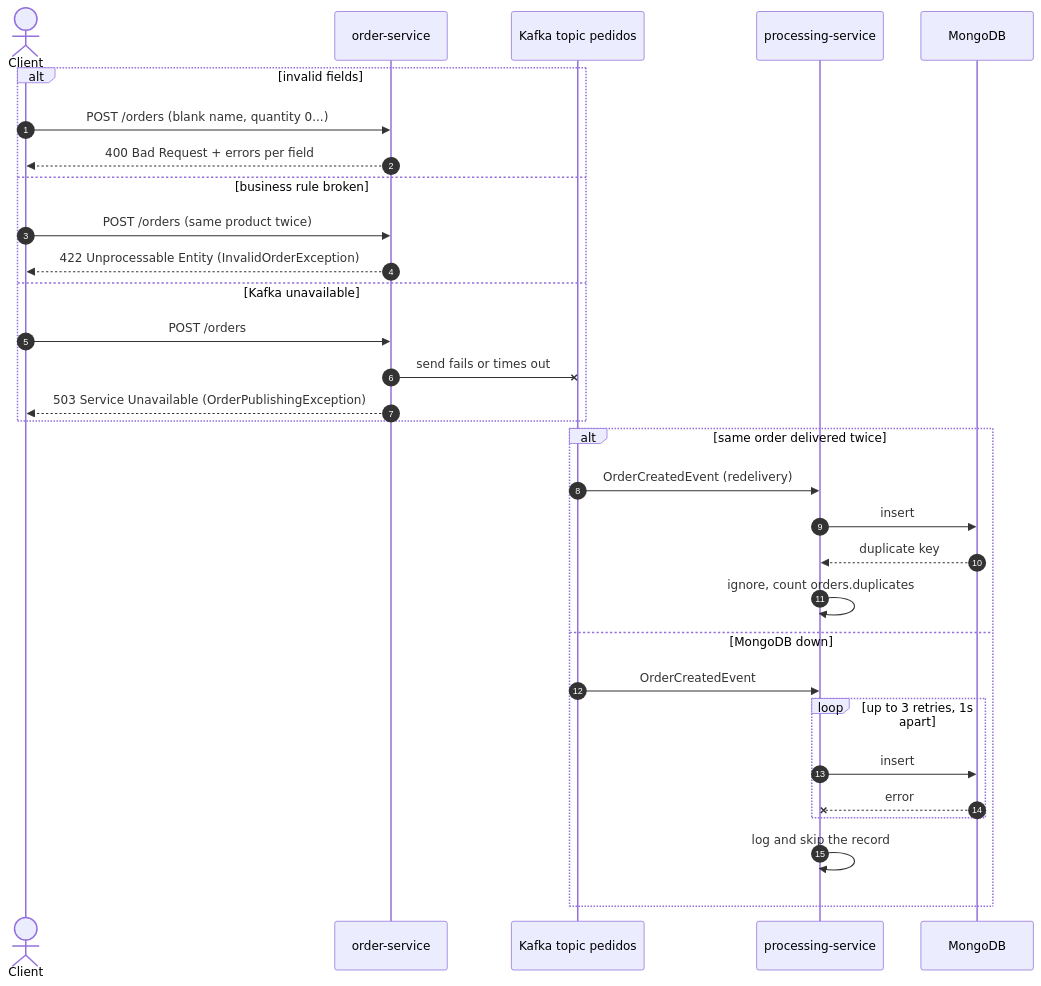
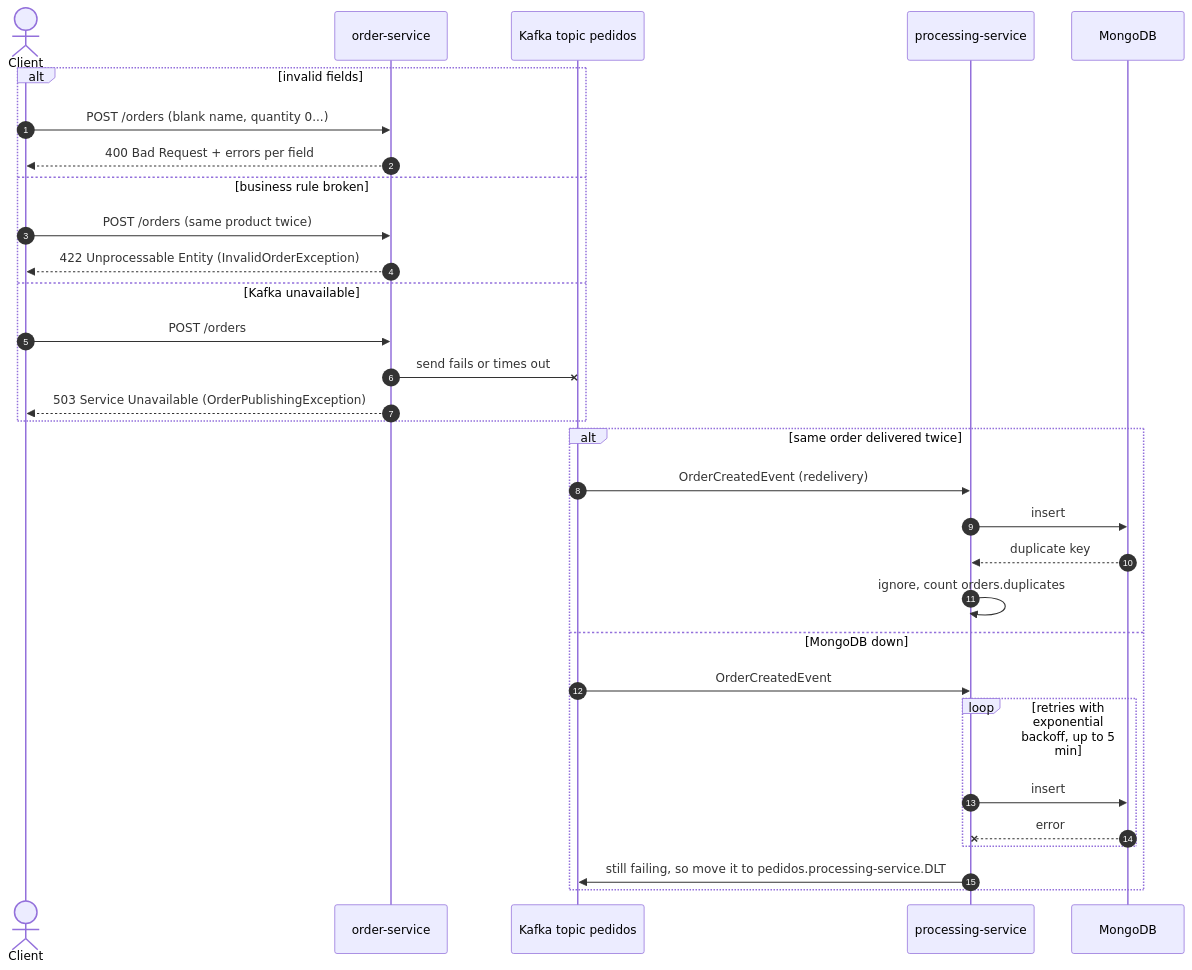
The second of 2 diagrams in docs/diagrams/create-order-flow.md (joaoalbertorsc/order-management-system), drawn with Mermaid before and after one commit. The commit also changed 7 other files, not shown here.

````diff
--- a/docs/diagrams/create-order-flow.md
+++ b/docs/diagrams/create-order-flow.md
@@ -38,35 +38,35 @@
 ```mermaid
 sequenceDiagram
     autonumber
     actor Client
     participant OS as order-service
     participant K as Kafka topic pedidos
     participant PS as processing-service
     participant DB as MongoDB
 
     alt invalid fields
         Client->>OS: POST /orders (blank name, quantity 0...)
         OS-->>Client: 400 Bad Request + errors per field
     else business rule broken
         Client->>OS: POST /orders (same product twice)
         OS-->>Client: 422 Unprocessable Entity (InvalidOrderException)
     else Kafka unavailable
         Client->>OS: POST /orders
         OS-xK: send fails or times out
         OS-->>Client: 503 Service Unavailable (OrderPublishingException)
     end
 
     alt same order delivered twice
         K->>PS: OrderCreatedEvent (redelivery)
         PS->>DB: insert
         DB-->>PS: duplicate key
         PS->>PS: ignore, count orders.duplicates
     else MongoDB down
         K->>PS: OrderCreatedEvent
-        loop up to 3 retries, 1s apart
+        loop retries with exponential backoff, up to 5 min
             PS->>DB: insert
             DB--xPS: error
         end
-        PS->>PS: log and skip the record
+        PS->>K: still failing, so move it to pedidos.processing-service.DLT
     end
 ```
````
